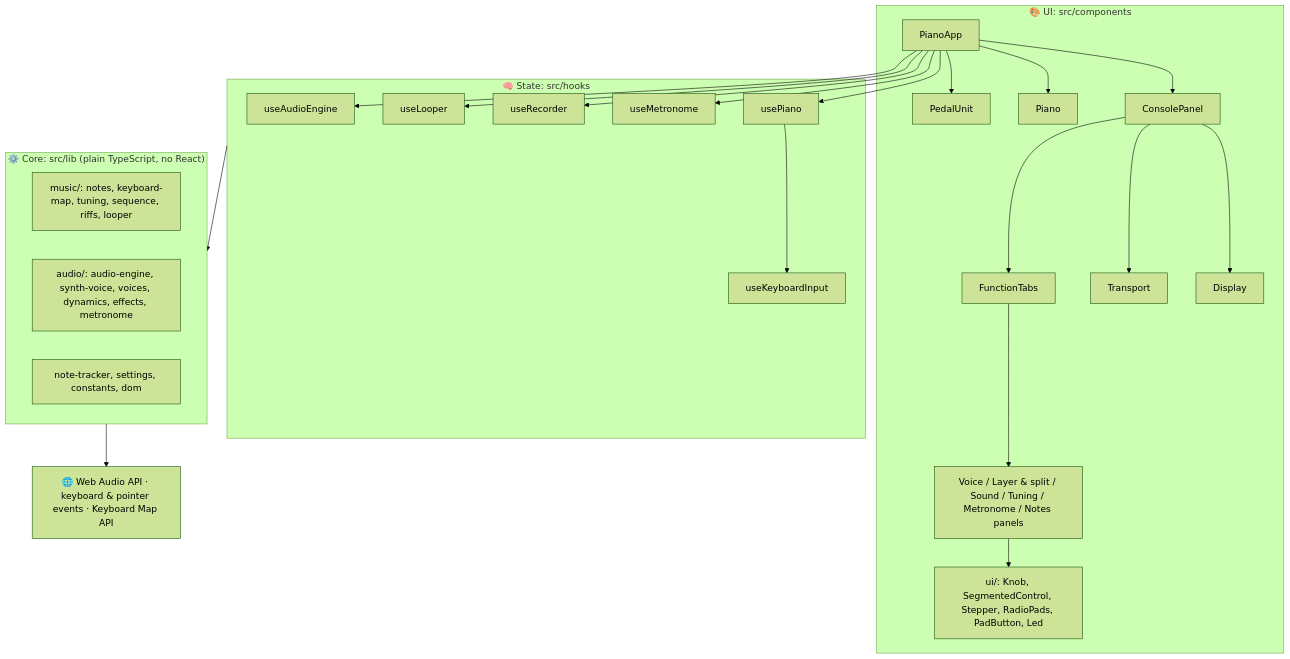
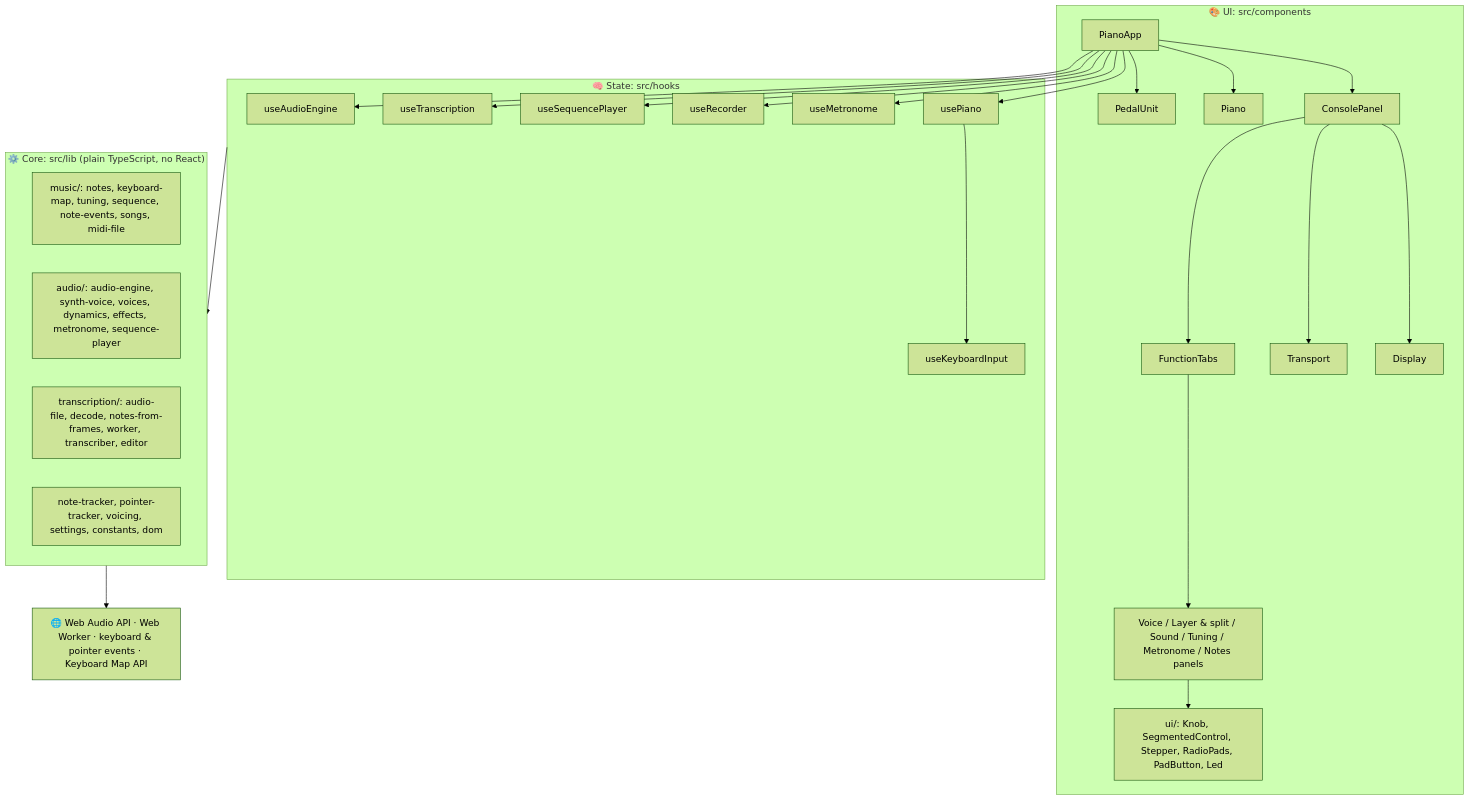
The first of 6 diagrams in docs/architecture.md (satyaidk/funkeys), drawn with Mermaid (forest theme) before and after one commit. The commit also changed other lines of this file and 28 other files, not shown here.

First line of the commit message:
docs: FunKeys README, ADRs 0013–0015, walkthrough part 8, testing and architecture updates

````diff
--- a/docs/architecture.md
+++ b/docs/architecture.md
@@ -39,30 +42,32 @@
 ```mermaid
 flowchart TB
     subgraph UI["🎨 UI: src/components"]
         PianoApp --> ConsolePanel & Piano & PedalUnit
         ConsolePanel --> Display & Transport & FunctionTabs
         FunctionTabs --> Panels["Voice / Layer & split / Sound / Tuning / Metronome / Notes panels"]
         Panels --> Primitives["ui/: Knob, SegmentedControl, Stepper, RadioPads, PadButton, Led"]
     end
 
     subgraph Hooks["🧠 State: src/hooks"]
         usePiano --> useKeyboardInput
         useMetronome
         useRecorder
-        useLooper
+        useSequencePlayer
+        useTranscription
         useAudioEngine
     end
 
     subgraph Lib["⚙️ Core: src/lib (plain TypeScript, no React)"]
         direction LR
-        music["music/: notes, keyboard-map, tuning, sequence, riffs, looper"]
-        audio["audio/: audio-engine, synth-voice, voices, dynamics, effects, metronome"]
-        state["note-tracker, settings, constants, dom"]
+        music["music/: notes, keyboard-map, tuning, sequence, note-events, songs, midi-file"]
+        audio["audio/: audio-engine, synth-voice, voices, dynamics, effects, metronome, sequence-player"]
+        transcription["transcription/: audio-file, decode, notes-from-frames, worker, transcriber, editor"]
+        state["note-tracker, pointer-tracker, voicing, settings, constants, dom"]
     end
 
-    Browser["🌐 Web Audio API · keyboard & pointer events · Keyboard Map API"]
+    Browser["🌐 Web Audio API · Web Worker · keyboard & pointer events · Keyboard Map API"]
 
-    PianoApp --> usePiano & useMetronome & useRecorder & useLooper & useAudioEngine
+    PianoApp --> usePiano & useMetronome & useRecorder & useSequencePlayer & useTranscription & useAudioEngine
     Hooks --> Lib
     Lib --> Browser
 ```
````
